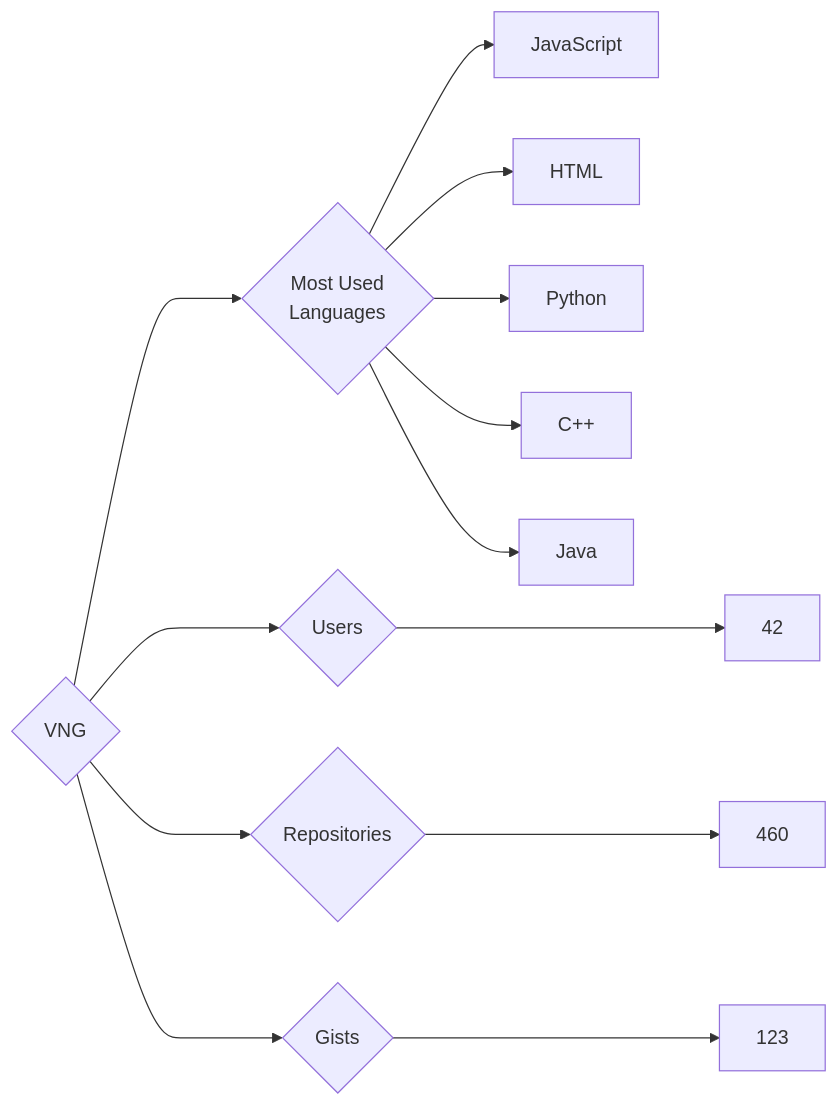
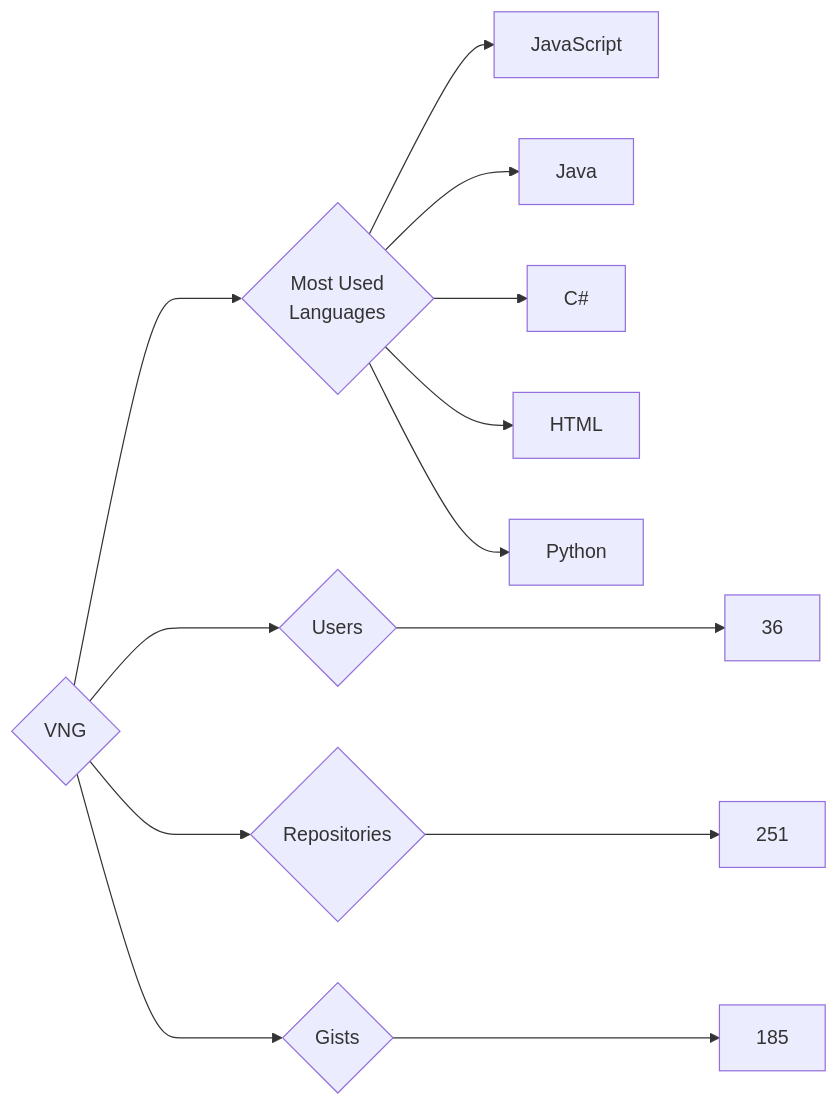
One commit to trickest/insiders changed the diagram in targets/VNG/README.md. Above: the diagram before and after it, drawn with Mermaid. The commit also changed 582 other files, not shown here.

````diff
--- a/targets/VNG/README.md
+++ b/targets/VNG/README.md
@@ -3,13 +3,13 @@
 ```mermaid
 graph LR
 COMPANY_NAME{VNG}
-COMPANY_NAME ---> U{Users} ---> UN[42]
-COMPANY_NAME ---> R{Repositories} ---> RN[460]
-COMPANY_NAME ---> G{Gists} ---> GN[123]
+COMPANY_NAME ---> U{Users} ---> UN[36]
+COMPANY_NAME ---> R{Repositories} ---> RN[251]
+COMPANY_NAME ---> G{Gists} ---> GN[185]
 COMPANY_NAME ---> ML{Most Used<br>Languages}
 ML --> JavaScript[JavaScript]
+ML --> Java[Java]
+ML --> C#[C#]
 ML --> HTML[HTML]
 ML --> Python[Python]
-ML --> C++[C++]
-ML --> Java[Java]
 ```
````
